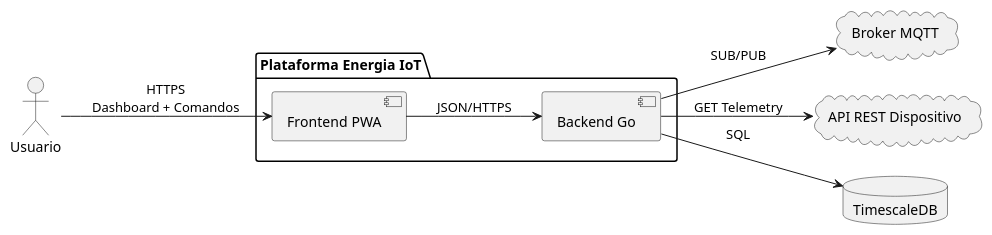
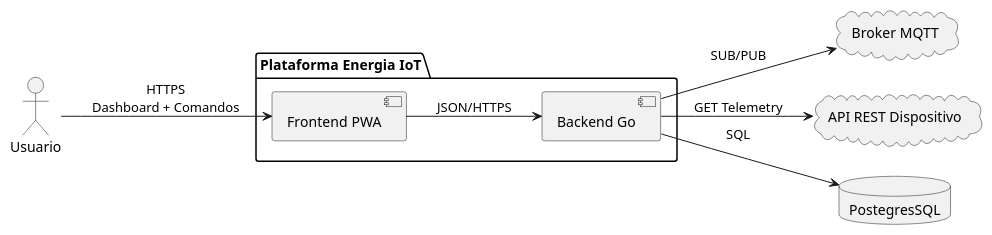
One commit to pedrohdcosta/projetoPortifolio changed the first of 2 diagrams in diagrams/C4diagrams.puml. Above: the diagram before and after it, drawn with PlantUML. The commit also changed other lines of this file and 2 other files, not shown here.

```diff
--- a/diagrams/C4diagrams.puml
+++ b/diagrams/C4diagrams.puml
@@ -1,17 +1,17 @@
 @startuml
 left to right direction
 actor Usuario
 package "Plataforma Energia IoT" {
   [Frontend PWA] as Web
   [Backend Go] as API
 }
 cloud "Broker MQTT" as MQ
 cloud "API REST Dispositivo" as REST
-database TimescaleDB
+database PostegresSQL
 
 Usuario --> Web : HTTPS\nDashboard + Comandos
 Web --> API : JSON/HTTPS
 API --> MQ : SUB/PUB
 API --> REST : GET Telemetry
-API --> TimescaleDB : SQL
+API --> PostegresSQL : SQL
 @enduml
```
